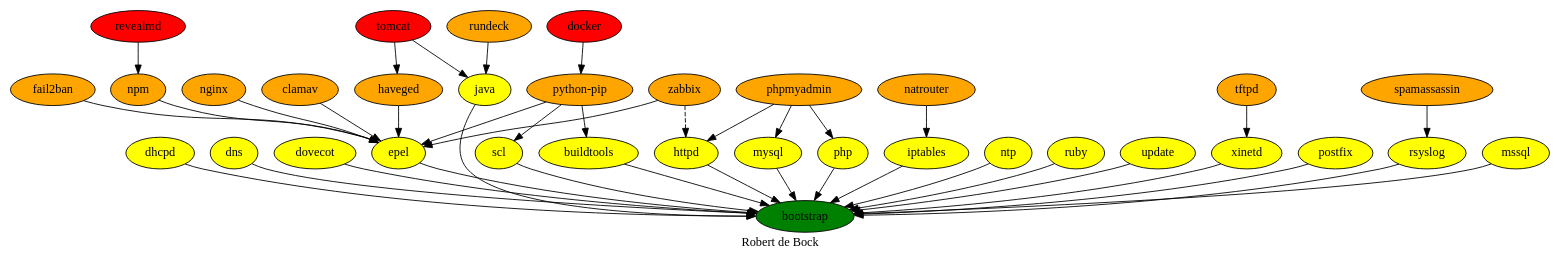
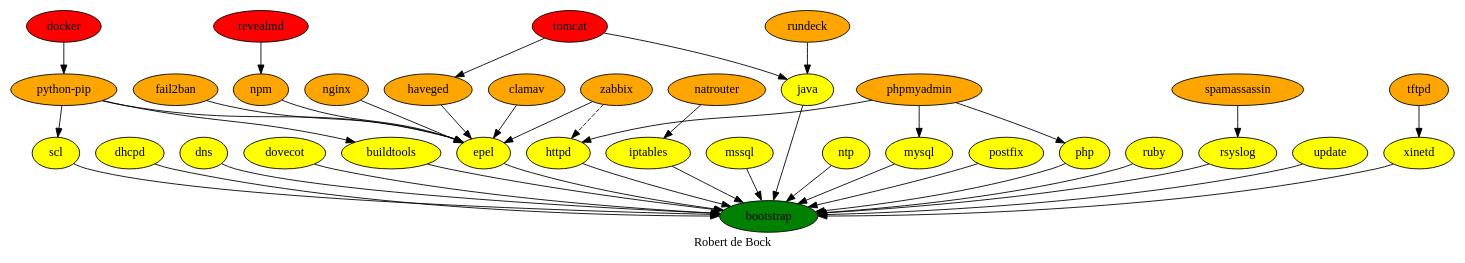
The diagram in dependencies.dot (robertdebock/robertdebock.github.io), drawn with Graphviz before and after one commit. The commit also changed other lines of this file, not shown here.

```diff
--- a/dependencies.dot
+++ b/dependencies.dot
@@ -1,52 +1,52 @@
 digraph PhiloDilemma {
   label = "Robert de Bock" ;
   overlap=false
   {
     bootstrap [fillcolor=green style=filled]
+    buildtools [fillcolor=yellow style=filled]
     clamav [fillcolor=orange style=filled]
     dhcpd [fillcolor=yellow style=filled]
     dns [fillcolor=yellow style=filled]
+    docker [fillcolor=red style=filled]
     dovecot [fillcolor=yellow style=filled]
     epel [fillcolor=yellow style=filled]
     fail2ban [fillcolor=orange style=filled]
     haveged [fillcolor=orange style=filled]
     httpd [fillcolor=yellow style=filled]
     iptables [fillcolor=yellow style=filled]
     java [fillcolor=yellow style=filled]
+    mssql [fillcolor=yellow style=filled]
+    mysql [fillcolor=yellow style=filled]
+    natrouter [fillcolor=orange style=filled]
+    nginx [fillcolor=orange style=filled]
+    npm [fillcolor=orange style=filled]
     ntp [fillcolor=yellow style=filled]
+    php [fillcolor=yellow style=filled]
+    phpmyadmin [fillcolor=orange style=filled]
+    postfix [fillcolor=yellow style=filled]
+    "python-pip" [fillcolor=orange style=filled]
+    revealmd [fillcolor=red style=filled]
+    rsyslog [fillcolor=yellow style=filled]
     ruby [fillcolor=yellow style=filled]
+    rundeck [fillcolor=orange style=filled]
     scl [fillcolor=yellow style=filled]
+    spamassassin [fillcolor=orange style=filled]
+    tftpd [fillcolor=orange style=filled]
+    tomcat [fillcolor=red style=filled]
     update [fillcolor=yellow style=filled]
     xinetd [fillcolor=yellow style=filled]
-    buildtools [fillcolor=yellow style=filled]
-    nginx [fillcolor=orange style=filled]
-    "python-pip" [fillcolor=orange style=filled]
-    postfix [fillcolor=yellow style=filled]
-    rsyslog [fillcolor=yellow style=filled]
-    spamassassin [fillcolor=orange style=filled]
-    docker [fillcolor=red style=filled]
-    mysql [fillcolor=yellow style=filled]
-    mssql [fillcolor=yellow style=filled]
-    npm [fillcolor=orange style=filled]
-    natrouter [fillcolor=orange style=filled]
-    php [fillcolor=yellow style=filled]
-    phpmyadmin [fillcolor=orange style=filled]
-    revealmd [fillcolor=red style=filled]
-    rundeck [fillcolor=orange style=filled]
-    tftpd [fillcolor=orange style=filled]
-    tomcat [fillcolor=red style=filled]
     zabbix [fillcolor=orange style=filled]
   }
   {buildtools dhcpd dns dovecot epel httpd iptables java mysql mssql ntp php postfix rsyslog ruby scl update xinetd} -> bootstrap
   {clamav fail2ban haveged nginx npm "python-pip" zabbix} -> epel
   docker -> "python-pip"
   revealmd -> npm
   natrouter -> iptables
   tftpd -> xinetd 
   phpmyadmin -> {php httpd mysql}
   zabbix -> httpd [style=dashed]
   "python-pip" -> {buildtools scl}
   {rundeck tomcat} -> java
   tomcat -> haveged
   spamassassin -> rsyslog
 }
```
